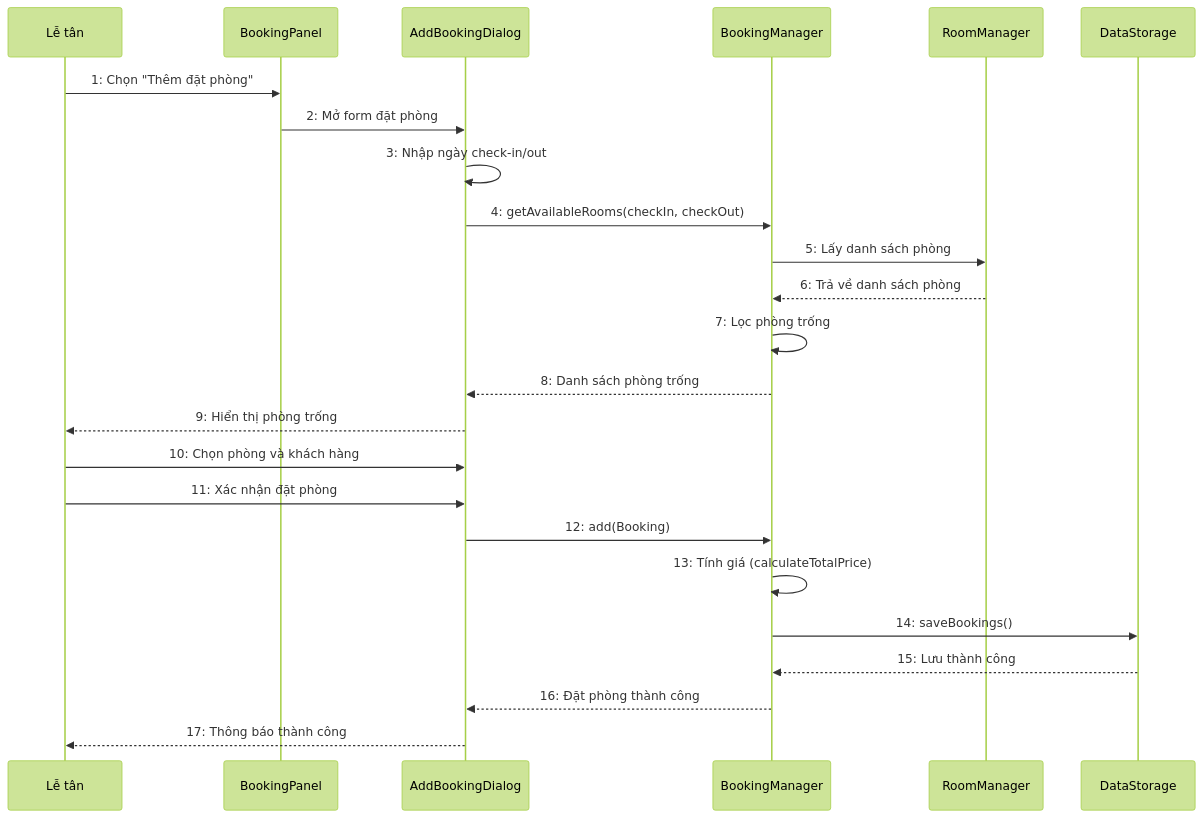
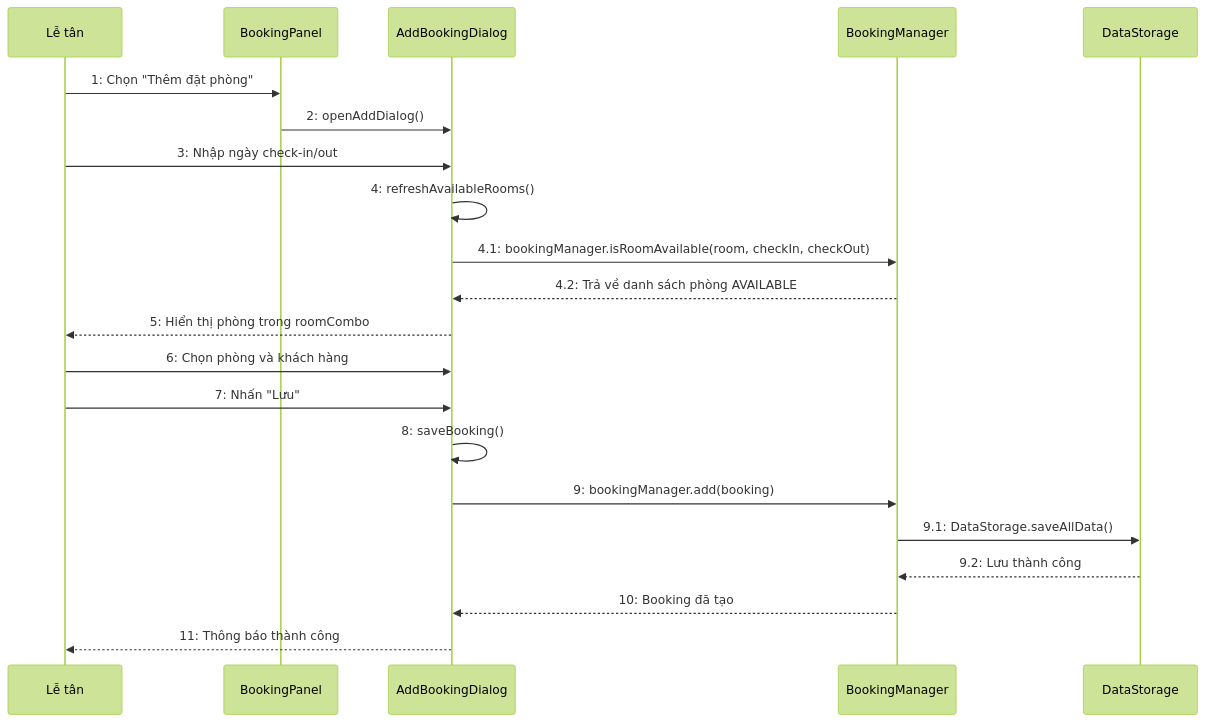
The sixth of 11 diagrams in docs/BaoCao_HotelManagement.md (IvanLyVodka11/hotel-management), drawn with Mermaid (forest theme) before and after one commit. The commit also changed other lines of this file and 91 other files, not shown here.

First line of the commit message:
Refine sequence diagrams to match actual code logic

````diff
--- a/docs/BaoCao_HotelManagement.md
+++ b/docs/BaoCao_HotelManagement.md
@@ -374,27 +371,24 @@
 ```mermaid
 sequenceDiagram
     participant LT as Lễ tân
     participant BP as BookingPanel
     participant Dialog as AddBookingDialog
     participant BM as BookingManager
-    participant RM as RoomManager
     participant DS as DataStorage
 
     LT->>BP: 1: Chọn "Thêm đặt phòng"
-    BP->>Dialog: 2: Mở form đặt phòng
-    Dialog->>Dialog: 3: Nhập ngày check-in/out
-    Dialog->>BM: 4: getAvailableRooms(checkIn, checkOut)
-    BM->>RM: 5: Lấy danh sách phòng
-    RM-->>BM: 6: Trả về danh sách phòng
-    BM->>BM: 7: Lọc phòng trống
-    BM-->>Dialog: 8: Danh sách phòng trống
-    Dialog-->>LT: 9: Hiển thị phòng trống
-    LT->>Dialog: 10: Chọn phòng và khách hàng
-    LT->>Dialog: 11: Xác nhận đặt phòng
-    Dialog->>BM: 12: add(Booking)
-    BM->>BM: 13: Tính giá (calculateTotalPrice)
-    BM->>DS: 14: saveBookings()
-    DS-->>BM: 15: Lưu thành công
-    BM-->>Dialog: 16: Đặt phòng thành công
-    Dialog-->>LT: 17: Thông báo thành công
+    BP->>Dialog: 2: openAddDialog()
+    LT->>Dialog: 3: Nhập ngày check-in/out
+    Dialog->>Dialog: 4: refreshAvailableRooms()
+    Dialog->>BM: 4.1: bookingManager.isRoomAvailable(room, checkIn, checkOut)
+    BM-->>Dialog: 4.2: Trả về danh sách phòng AVAILABLE
+    Dialog-->>LT: 5: Hiển thị phòng trong roomCombo
+    LT->>Dialog: 6: Chọn phòng và khách hàng
+    LT->>Dialog: 7: Nhấn "Lưu"
+    Dialog->>Dialog: 8: saveBooking()
+    Dialog->>BM: 9: bookingManager.add(booking)
+    BM->>DS: 9.1: DataStorage.saveAllData()
+    DS-->>BM: 9.2: Lưu thành công
+    BM-->>Dialog: 10: Booking đã tạo
+    Dialog-->>LT: 11: Thông báo thành công
 ```
````
